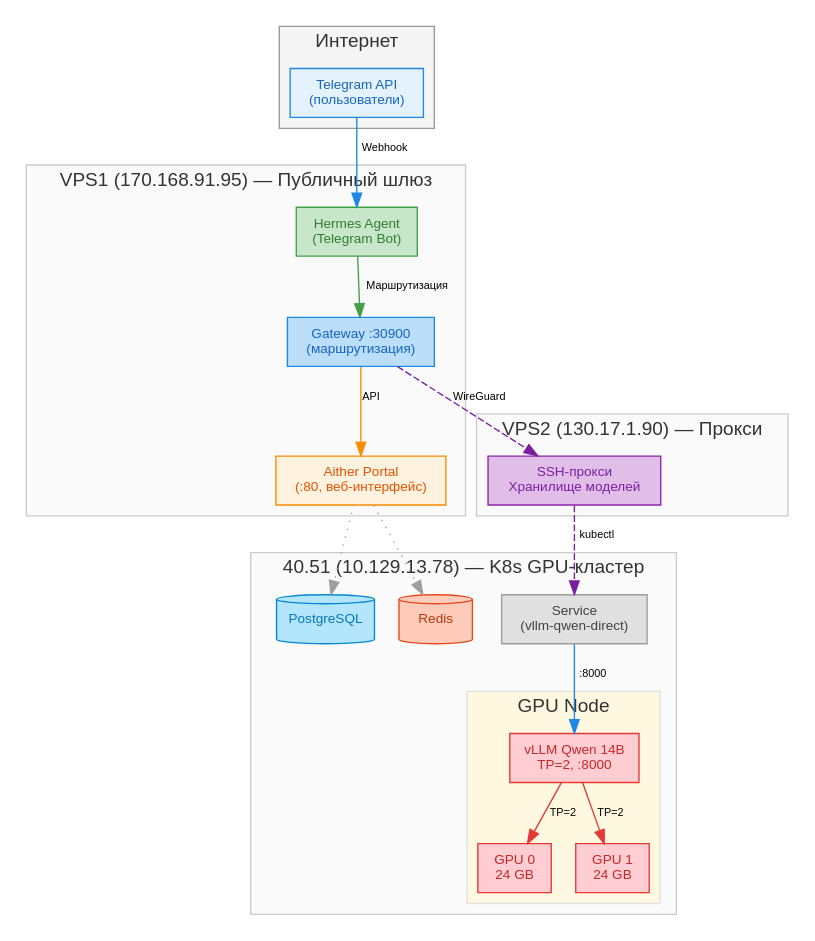
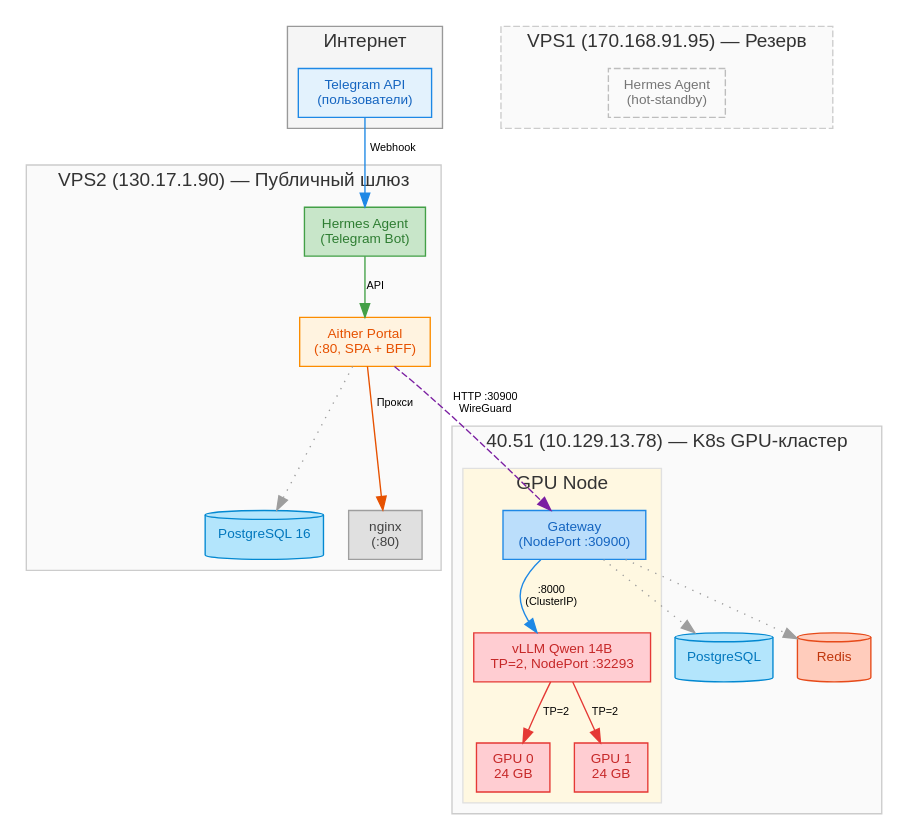
One commit to dedvmedved-dot/aither-project changed the diagram in diagrams/architecture.dot. Above: the diagram before and after it, drawn with Graphviz. The commit also changed 3 other files, not shown here.

Commit message:
Обновление схем: архитектура (VPS2 - основной шлюз, Gateway в K8s, VPS1 - резерв), путь запроса (Portal BFF + Gateway NodePort + SSE)

```diff
--- a/diagrams/architecture.dot
+++ b/diagrams/architecture.dot
@@ -1,70 +1,80 @@
 digraph Architecture {
     rankdir=TB;
     bgcolor="#ffffff";
     fontname="Helvetica";
     
     node [fontname="Helvetica", fontsize=10, style="filled", color="#333333"];
     edge [fontname="Helvetica", fontsize=8, color="#666666"];
 
     subgraph cluster_internet {
         label="Интернет";
         fontcolor="#333333";
         color="#999999";
         bgcolor="#f5f5f5";
         
         tg [label="Telegram API\n(пользователи)", shape=cloud, fillcolor="#e3f2fd", fontcolor="#1565c0", color="#1e88e5"];
     }
     
-    subgraph cluster_vps1 {
-        label="VPS1 (170.168.91.95) — Публичный шлюз";
+    subgraph cluster_vps2 {
+        label="VPS2 (130.17.1.90) — Публичный шлюз";
         fontcolor="#333333";
         color="#cccccc";
         bgcolor="#fafafa";
         
         hermes [label="Hermes Agent\n(Telegram Bot)", shape=box, fillcolor="#c8e6c9", fontcolor="#2e7d32", color="#43a047"];
-        gateway [label="Gateway :30900\n(маршрутизация)", shape=box, fillcolor="#bbdefb", fontcolor="#1565c0", color="#1e88e5"];
-        portal [label="Aither Portal\n(:80, веб-интерфейс)", shape=box, fillcolor="#fff3e0", fontcolor="#e65100", color="#fb8c00"];
+        portal [label="Aither Portal\n(:80, SPA + BFF)", shape=box, fillcolor="#fff3e0", fontcolor="#e65100", color="#fb8c00"];
+        postgres [label="PostgreSQL 16", shape=cylinder, fillcolor="#b3e5fc", fontcolor="#0277bd", color="#0288d1"];
+        nginx [label="nginx\n(:80)", shape=box, fillcolor="#e0e0e0", fontcolor="#424242", color="#9e9e9e"];
     }
     
-    subgraph cluster_vps2 {
-        label="VPS2 (130.17.1.90) — Прокси";
+    subgraph cluster_vpn {
+        label="WireGuard VPN";
         fontcolor="#333333";
-        color="#cccccc";
-        bgcolor="#fafafa";
-        
-        proxy [label="SSH-прокси\nХранилище моделей", shape=box, fillcolor="#e1bee7", fontcolor="#7b1fa2", color="#8e24aa"];
+        color="#b39ddb";
+        bgcolor="#f3e5f5";
+        style=dashed;
     }
     
     subgraph cluster_k8s {
         label="40.51 (10.129.13.78) — K8s GPU-кластер";
         fontcolor="#333333";
         color="#cccccc";
         bgcolor="#fafafa";
         
         subgraph cluster_gpu {
             label="GPU Node";
             fontcolor="#333333";
             color="#e0e0e0";
             bgcolor="#fff8e1";
             
-            qwen [label="vLLM Qwen 14B\nTP=2, :8000", shape=box, fillcolor="#ffcdd2", fontcolor="#c62828", color="#e53935"];
+            gateway [label="Gateway\n(NodePort :30900)", shape=box, fillcolor="#bbdefb", fontcolor="#1565c0", color="#1e88e5"];
+            qwen [label="vLLM Qwen 14B\nTP=2, NodePort :32293", shape=box, fillcolor="#ffcdd2", fontcolor="#c62828", color="#e53935"];
             gpu0 [label="GPU 0\n24 GB", shape=box, fillcolor="#ffcdd2", fontcolor="#c62828", color="#e53935"];
             gpu1 [label="GPU 1\n24 GB", shape=box, fillcolor="#ffcdd2", fontcolor="#c62828", color="#e53935"];
         }
         
-        postgres [label="PostgreSQL", shape=cylinder, fillcolor="#b3e5fc", fontcolor="#0277bd", color="#0288d1"];
+        k8s_postgres [label="PostgreSQL", shape=cylinder, fillcolor="#b3e5fc", fontcolor="#0277bd", color="#0288d1"];
         redis [label="Redis", shape=cylinder, fillcolor="#ffccbc", fontcolor="#bf360c", color="#e64a19"];
-        svc [label="Service\n(vllm-qwen-direct)", shape=box, fillcolor="#e0e0e0", fontcolor="#424242", color="#9e9e9e"];
+    }
+
+    subgraph cluster_vps1 {
+        label="VPS1 (170.168.91.95) — Резерв";
+        fontcolor="#333333";
+        color="#cccccc";
+        bgcolor="#fafafa";
+        style=dashed;
+        
+        standby [label="Hermes Agent\n(hot-standby)", shape=box, fillcolor="#e0e0e0", fontcolor="#757575", color="#bdbdbd", style=dashed];
     }
     
     tg -> hermes [label=" Webhook", color="#1e88e5"];
-    hermes -> gateway [label=" Маршрутизация", color="#43a047"];
-    gateway -> proxy [label=" WireGuard", color="#7b1fa2", style=dashed];
-    proxy -> svc [label=" kubectl", color="#7b1fa2", style=dashed];
-    svc -> qwen [label=" :8000", color="#1e88e5"];
+    hermes -> portal [label=" API", color="#43a047"];
+    portal -> postgres [style=dotted, color="#9e9e9e"];
+    portal -> nginx [label=" Прокси", color="#e65100"];
+    portal -> gateway [label=" HTTP :30900\nWireGuard", color="#7b1fa2", style=dashed];
+    gateway -> qwen [label=" :8000\n(ClusterIP)", color="#1e88e5"];
     qwen -> gpu0 [label=" TP=2", color="#e53935"];
     qwen -> gpu1 [label=" TP=2", color="#e53935"];
-    gateway -> portal [label=" API", color="#fb8c00"];
-    portal -> postgres [style=dotted, color="#9e9e9e"];
-    portal -> redis [style=dotted, color="#9e9e9e"];
+    gateway -> k8s_postgres [style=dotted, color="#9e9e9e"];
+    gateway -> redis [style=dotted, color="#9e9e9e"];
 }
```
